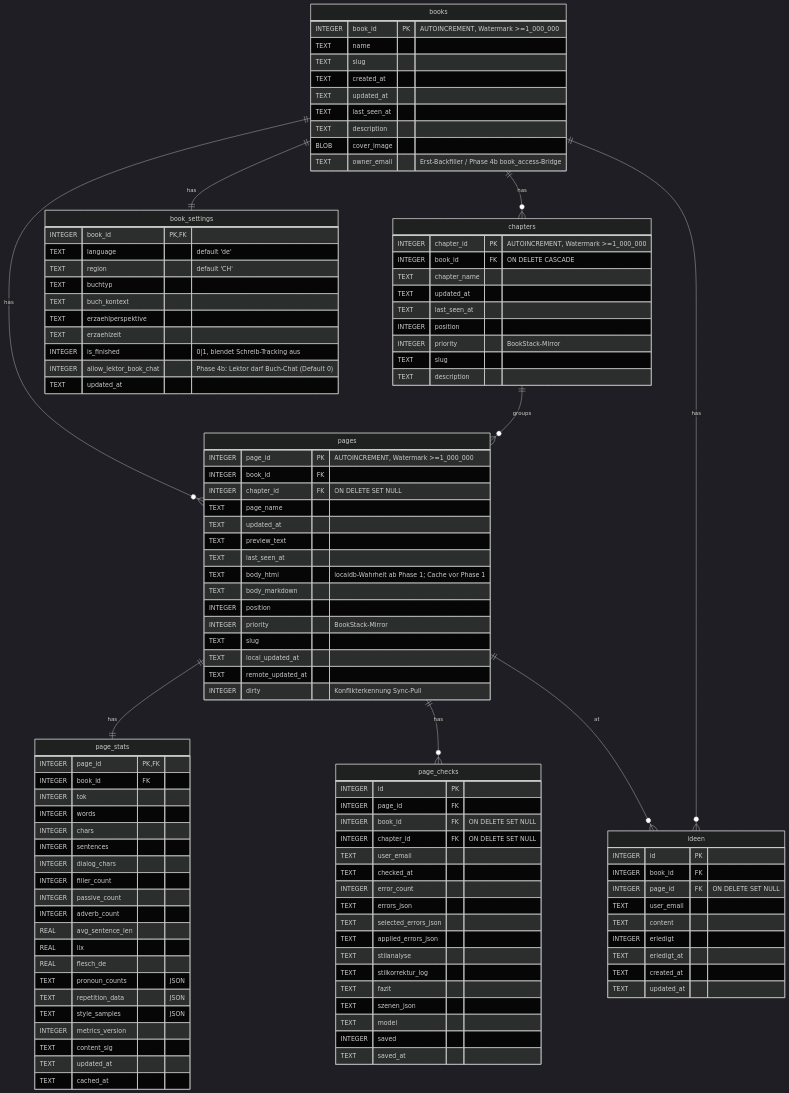
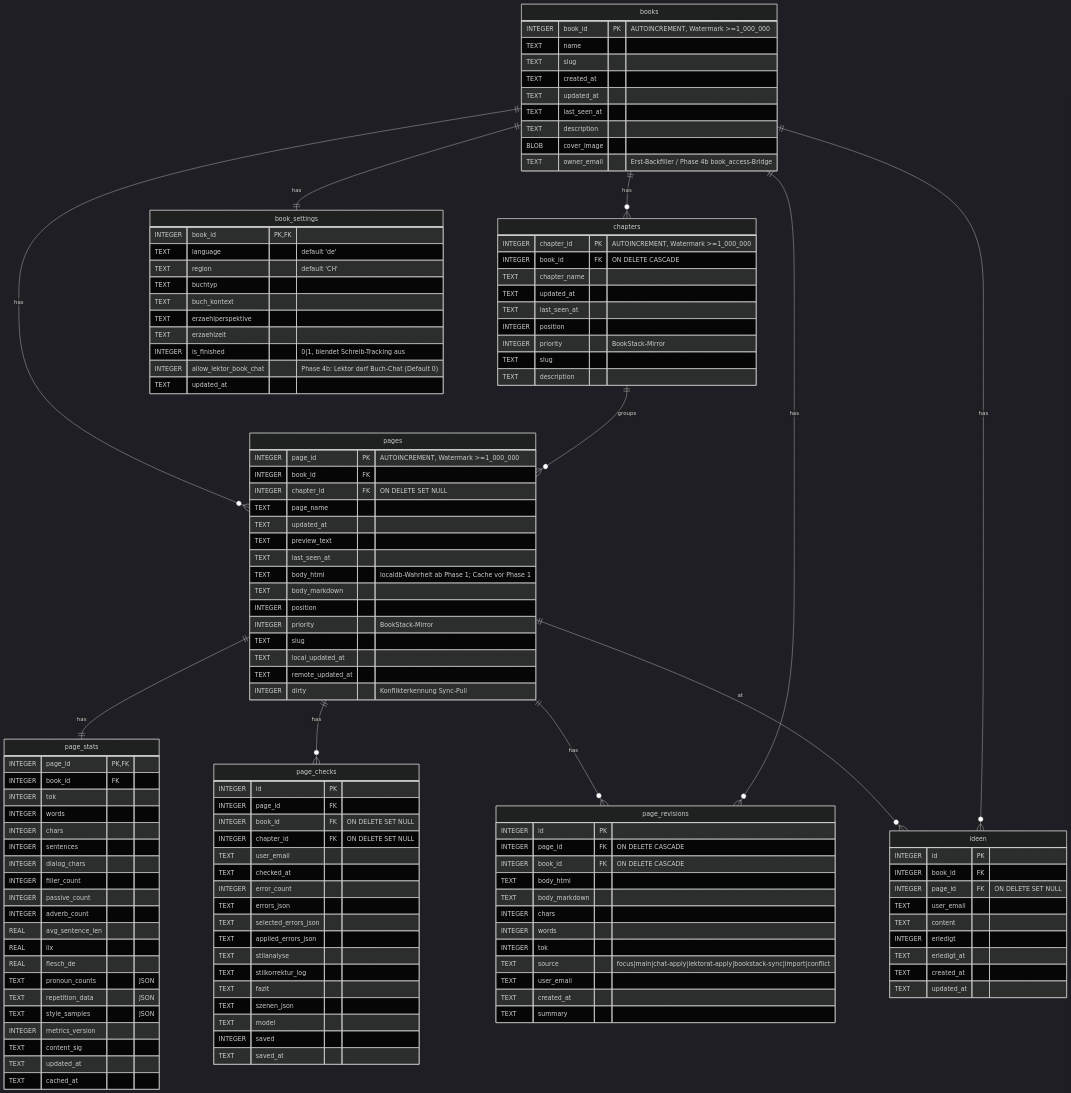
The second of 6 diagrams in docs/erd.md (bedeberger/schreibwerkstatt), drawn with Mermaid (dark theme) before and after one commit. The commit also changed other lines of this file and 5 other files, not shown here.

```diff
--- a/docs/erd.md
+++ b/docs/erd.md
@@ -178,6 +180,20 @@
     TEXT    updated_at
     TEXT    cached_at
   }
+  page_revisions {
+    INTEGER id            PK
+    INTEGER page_id       FK "ON DELETE CASCADE"
+    INTEGER book_id       FK "ON DELETE CASCADE"
+    TEXT    body_html
+    TEXT    body_markdown
+    INTEGER chars
+    INTEGER words
+    INTEGER tok
+    TEXT    source        "focus|main|chat-apply|lektorat-apply|bookstack-sync|import|conflict"
+    TEXT    user_email
+    TEXT    created_at
+    TEXT    summary
+  }
   page_checks {
     INTEGER id          PK
     INTEGER page_id     FK
@@ -226,6 +242,8 @@
   chapters  ||--o{ pages       : groups
   pages     ||--|| page_stats  : has
   pages     ||--o{ page_checks : has
+  pages     ||--o{ page_revisions : has
+  books     ||--o{ page_revisions : has
   pages     ||--o{ ideen       : at
   books     ||--o{ ideen       : has
   books     ||--|| book_settings : has
```
